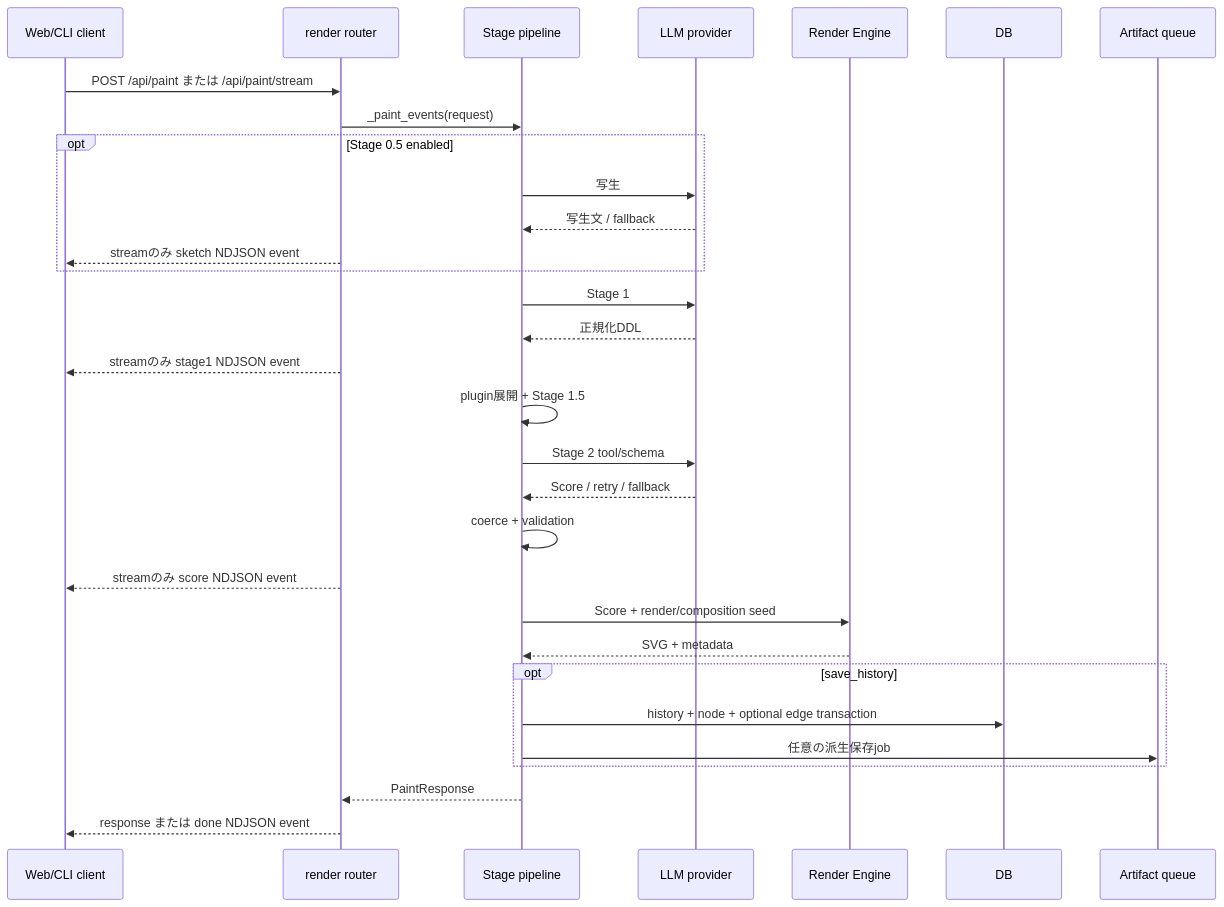
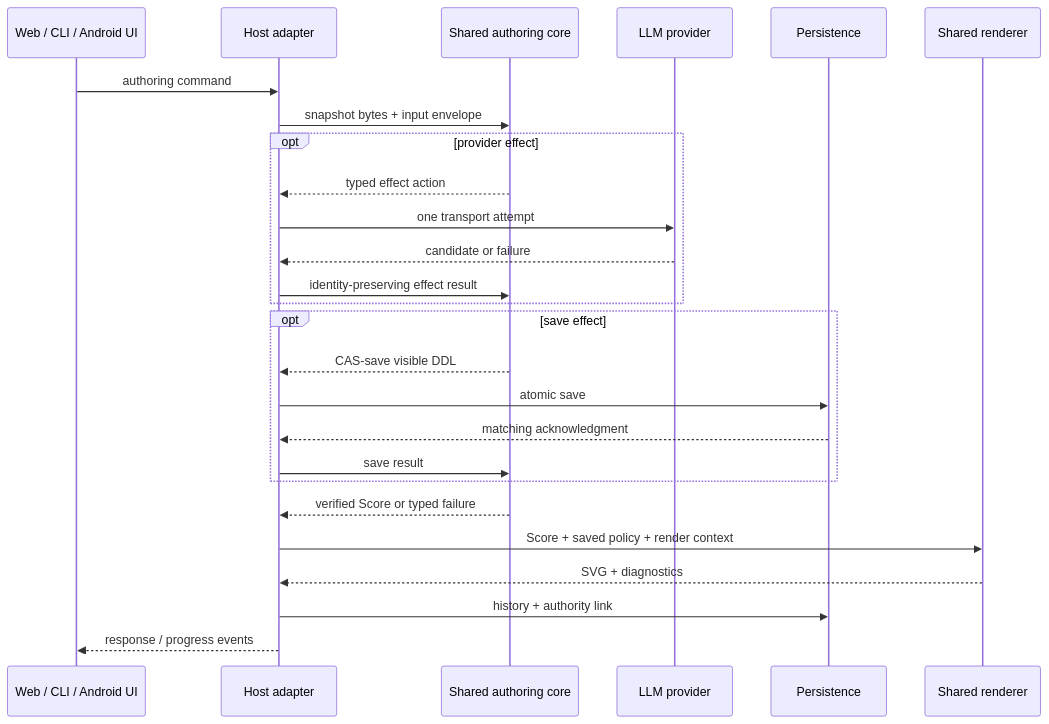
One commit to oikawas/inku-lang changed the second of 2 diagrams in docs/architecture/ddl-processing-pipeline.ja.md. Above: the diagram before and after it, drawn with Mermaid. The commit also changed other lines of this file and 206 other files, not shown here.

````diff
--- a/docs/architecture/ddl-processing-pipeline.ja.md
+++ b/docs/architecture/ddl-processing-pipeline.ja.md
@@ -86,34 +59,29 @@
 ```mermaid
 sequenceDiagram
-    participant C as Web/CLI client
-    participant R as render router
-    participant P as Stage pipeline
+    participant C as Web / CLI / Android UI
+    participant H as Host adapter
+    participant A as Shared authoring core
     participant L as LLM provider
-    participant E as Render Engine
-    participant D as DB
-    participant F as Artifact queue
+    participant P as Persistence
+    participant R as Shared renderer
 
-    C->>R: POST /api/paint または /api/paint/stream
-    R->>P: _paint_events(request)
-    opt Stage 0.5 enabled
-        P->>L: 写生
-        L-->>P: 写生文 / fallback
-        R-->>C: streamのみ sketch NDJSON event
+    C->>H: authoring command
+    H->>A: snapshot bytes + input envelope
+    opt provider effect
+        A-->>H: typed effect action
+        H->>L: one transport attempt
+        L-->>H: candidate or failure
+        H->>A: identity-preserving effect result
     end
-    P->>L: Stage 1
-    L-->>P: 正規化DDL
-    R-->>C: streamのみ stage1 NDJSON event
-    P->>P: plugin展開 + Stage 1.5
-    P->>L: Stage 2 tool/schema
-    L-->>P: Score / retry / fallback
-    P->>P: coerce + validation
-    R-->>C: streamのみ score NDJSON event
-    P->>E: Score + render/composition seed
-    E-->>P: SVG + metadata
-    opt save_history
-        P->>D: history + node + optional edge transaction
-        P->>F: 任意の派生保存job
+    opt save effect
+        A-->>H: CAS-save visible DDL
+        H->>P: atomic save
+        P-->>H: matching acknowledgment
+        H->>A: save result
     end
-    P-->>R: PaintResponse
-    R-->>C: response または done NDJSON event
+    A-->>H: verified Score or typed failure
+    H->>R: Score + saved policy + render context
+    R-->>H: SVG + diagnostics
+    H->>P: history + authority link
+    H-->>C: response / progress events
 ```
````
